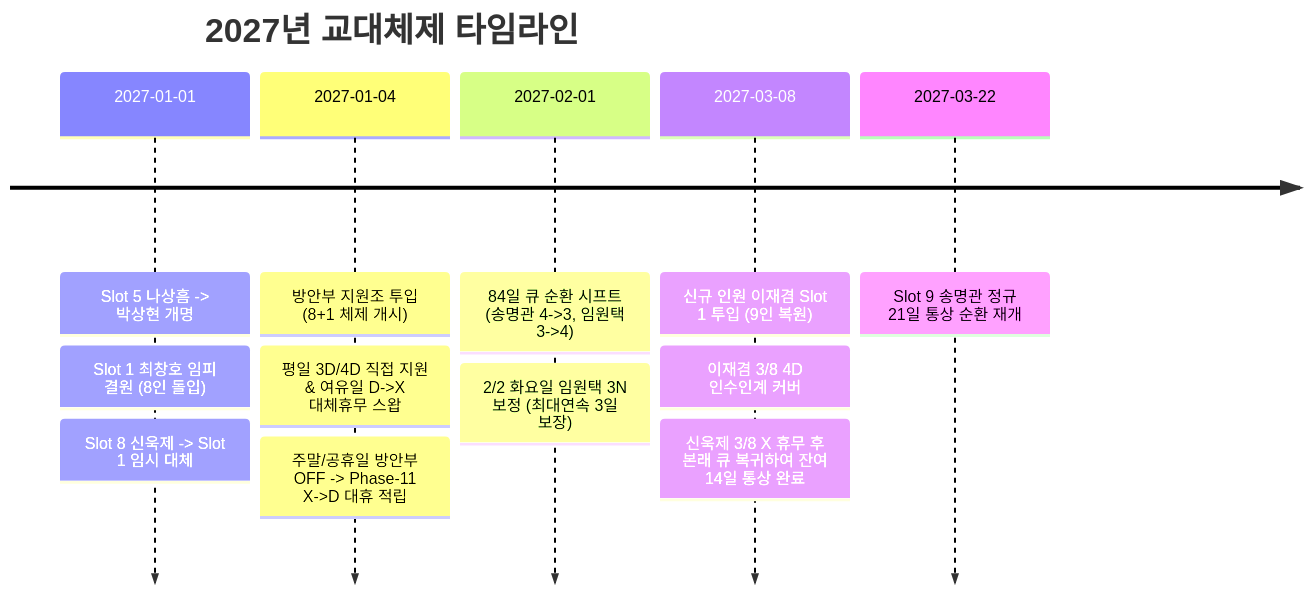
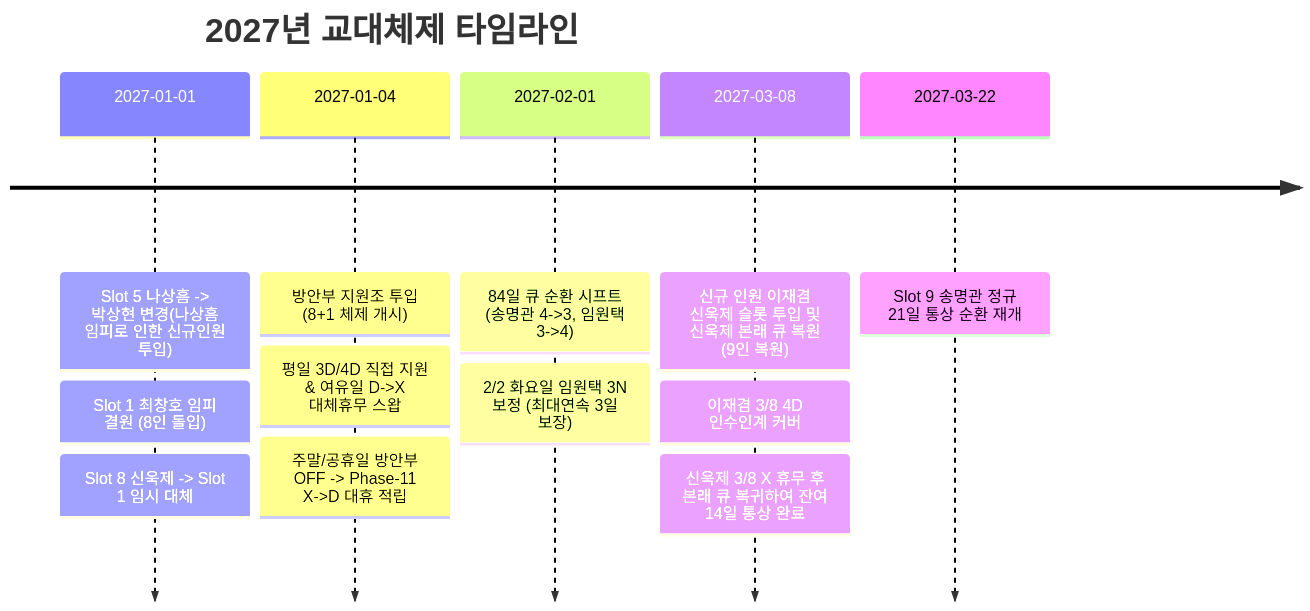
Before and after one commit to radshiftk34/RadShift-K34: the third of 4 diagrams in docs/SPECIFICATION.md, drawn with Mermaid. The commit also changed other lines of this file, not shown here.

Commit message:
docs: clarify wage peak personnel replacement notes in timeline

````diff
--- a/docs/SPECIFICATION.md
+++ b/docs/SPECIFICATION.md
@@ -187,16 +191,16 @@
 ```mermaid
 timeline
     title 2027년 교대체제 타임라인
-    2027-01-01 : Slot 5 나상흠 -> 박상현 개명
+    2027-01-01 : Slot 5 나상흠 -> 박상현 변경(나상흠 임피로 인한 신규인원 투입)
                : Slot 1 최창호 임피 결원 (8인 돌입)
                : Slot 8 신욱제 -> Slot 1 임시 대체
     2027-01-04 : 방안부 지원조 투입 (8+1 체제 개시)
                : 평일 3D/4D 직접 지원 & 여유일 D->X 대체휴무 스왑
                : 주말/공휴일 방안부 OFF -> Phase-11 X->D 대휴 적립
     2027-02-01 : 84일 큐 순환 시프트 (송명관 4->3, 임원택 3->4)
                : 2/2 화요일 임원택 3N 보정 (최대연속 3일 보장)
-    2027-03-08 : 신규 인원 이재겸 Slot 1 투입 (9인 복원)
+    2027-03-08 : 신규 인원 이재겸 신욱제 슬롯 투입 및 신욱제 본래 큐 복원 (9인 복원)
                : 이재겸 3/8 4D 인수인계 커버
                : 신욱제 3/8 X 휴무 후 본래 큐 복귀하여 잔여 14일 통상 완료
     2027-03-22 : Slot 9 송명관 정규 21일 통상 순환 재개
 ```
````
